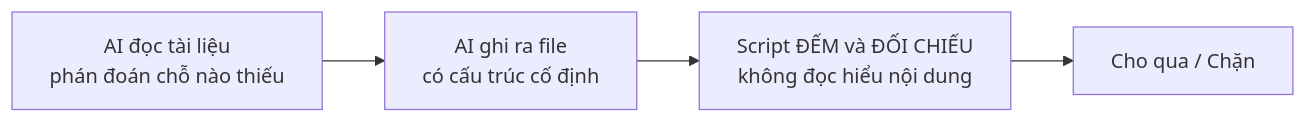
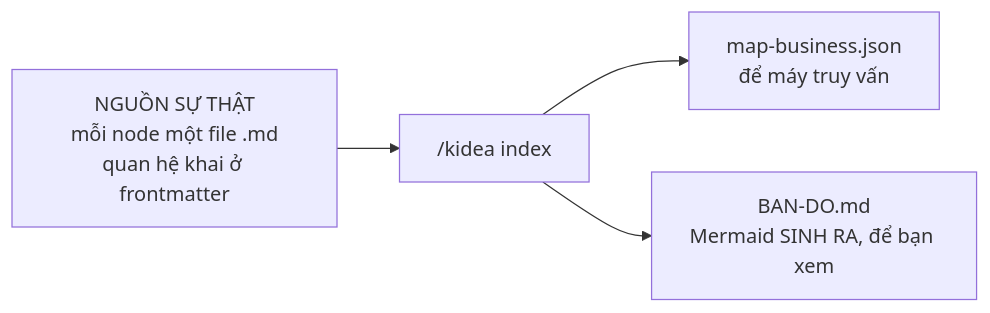
Before and after one commit to Kynderis/kendrick-ai-tools: the sixth of 6 diagrams in answer.md, drawn with Mermaid. The commit also changed other lines of this file and 2 other files, not shown here.

First line of the commit message:
design: model the business documentation as a machine-readable map

````diff
--- a/answer.md
+++ b/answer.md
@@ -203,6 +241,6 @@
 ```mermaid
 flowchart LR
-    A["AI đọc tài liệu<br/>phán đoán chỗ nào thiếu"] --> B["AI ghi ra file<br/>có cấu trúc cố định"]
-    B --> C["Script ĐẾM và ĐỐI CHIẾU<br/>không đọc hiểu nội dung"]
-    C --> D["Cho qua / Chặn"]
+    A["NGUỒN SỰ THẬT<br/>mỗi node một file .md<br/>quan hệ khai ở frontmatter"] --> B["/kidea index"]
+    B --> C["map-business.json<br/>để máy truy vấn"]
+    B --> D["BAN-DO.md<br/>Mermaid SINH RA, để bạn xem"]
 ```
````
